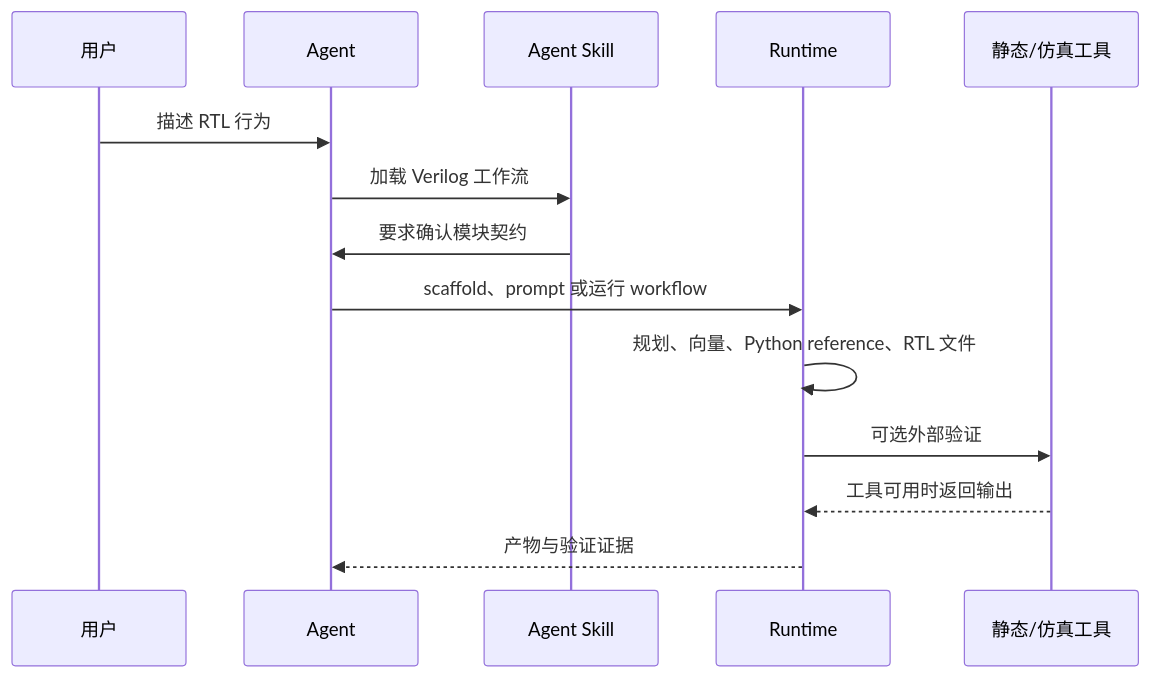
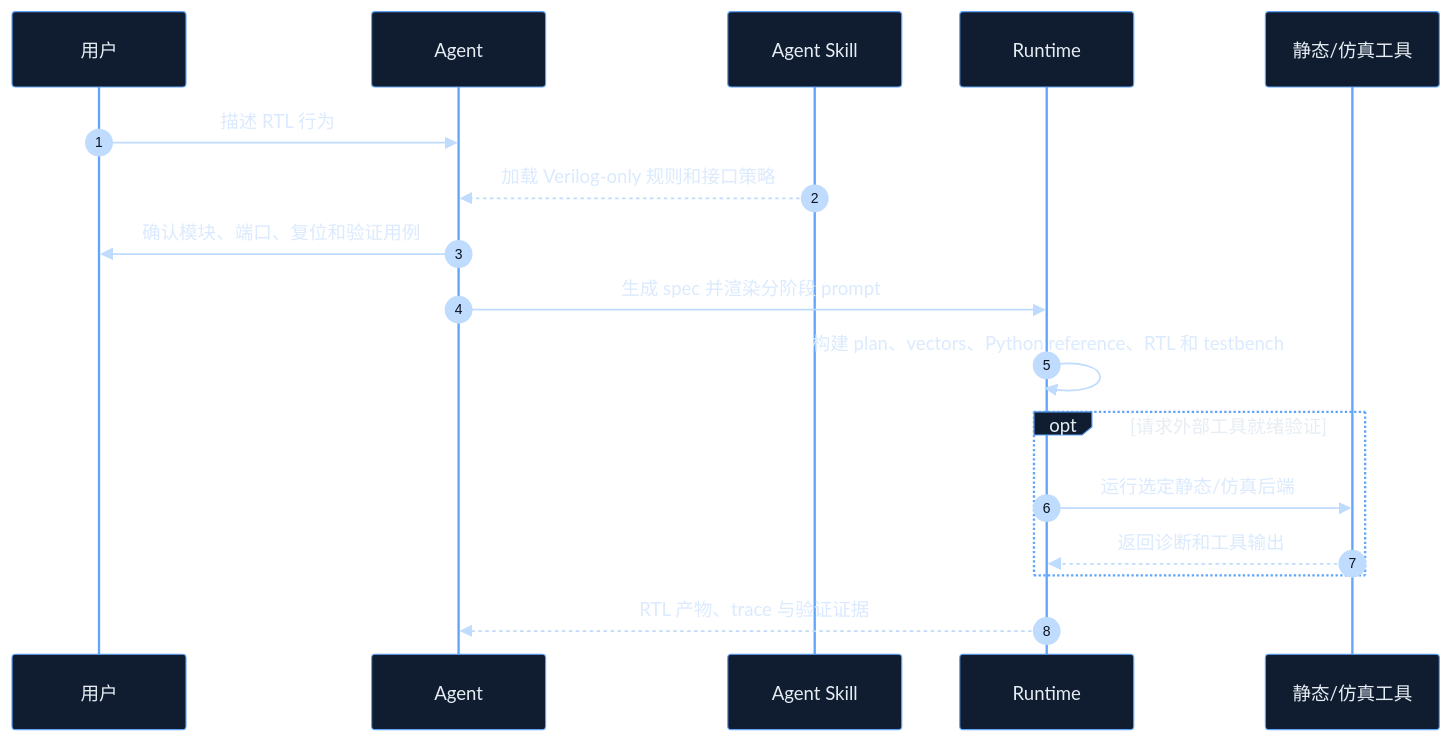
Before and after one commit to Eriemon/verilog-generator: the second of 2 diagrams in README-CN.md, drawn with Mermaid. The commit also changed other lines of this file and 4 other files, not shown here.

Commit message:
Polish README diagrams and release metadata

````diff
--- a/README-CN.md
+++ b/README-CN.md
@@ -53,17 +79,21 @@
 ```mermaid
+%%{init: {"theme": "base", "themeVariables": {"background": "#0b1220", "actorBkg": "#101d31", "actorBorder": "#60a5fa", "actorTextColor": "#e6edf3", "signalColor": "#bfdbfe", "signalTextColor": "#dbeafe", "noteBkgColor": "#17233a", "noteTextColor": "#e6edf3", "fontFamily": "Inter, Segoe UI, Arial"}}}%%
 sequenceDiagram
+    autonumber
     participant User as 用户
     participant Agent
     participant Skill as Agent Skill
     participant Runtime
     participant Tools as 静态/仿真工具
 
     User->>Agent: 描述 RTL 行为
-    Agent->>Skill: 加载 Verilog 工作流
-    Skill->>Agent: 要求确认模块契约
-    Agent->>Runtime: scaffold、prompt 或运行 workflow
-    Runtime->>Runtime: 规划、向量、Python reference、RTL 文件
-    Runtime->>Tools: 可选外部验证
-    Tools-->>Runtime: 工具可用时返回输出
-    Runtime-->>Agent: 产物与验证证据
+    Skill-->>Agent: 加载 Verilog-only 规则和接口策略
+    Agent->>User: 确认模块、端口、复位和验证用例
+    Agent->>Runtime: 生成 spec 并渲染分阶段 prompt
+    Runtime->>Runtime: 构建 plan、vectors、Python reference、RTL 和 testbench
+    opt 请求外部工具就绪验证
+      Runtime->>Tools: 运行选定静态/仿真后端
+      Tools-->>Runtime: 返回诊断和工具输出
+    end
+    Runtime-->>Agent: RTL 产物、trace 与验证证据
 ```
````
